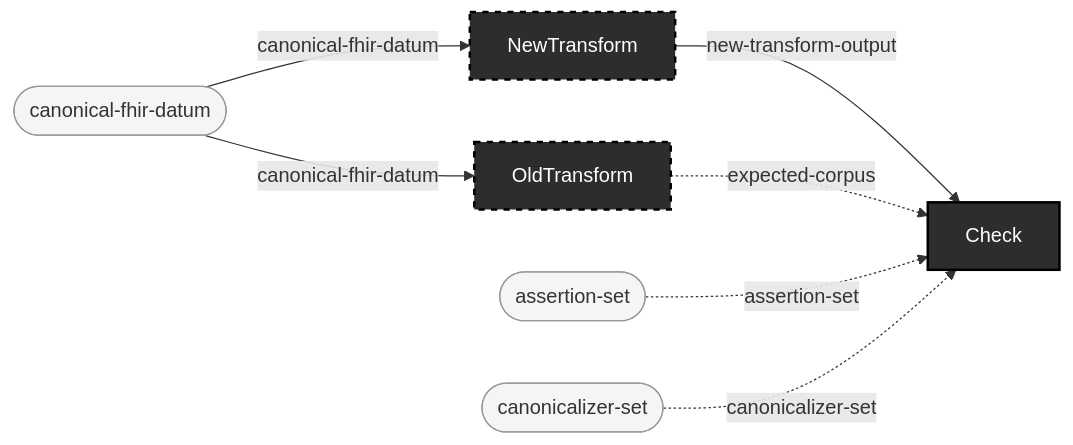
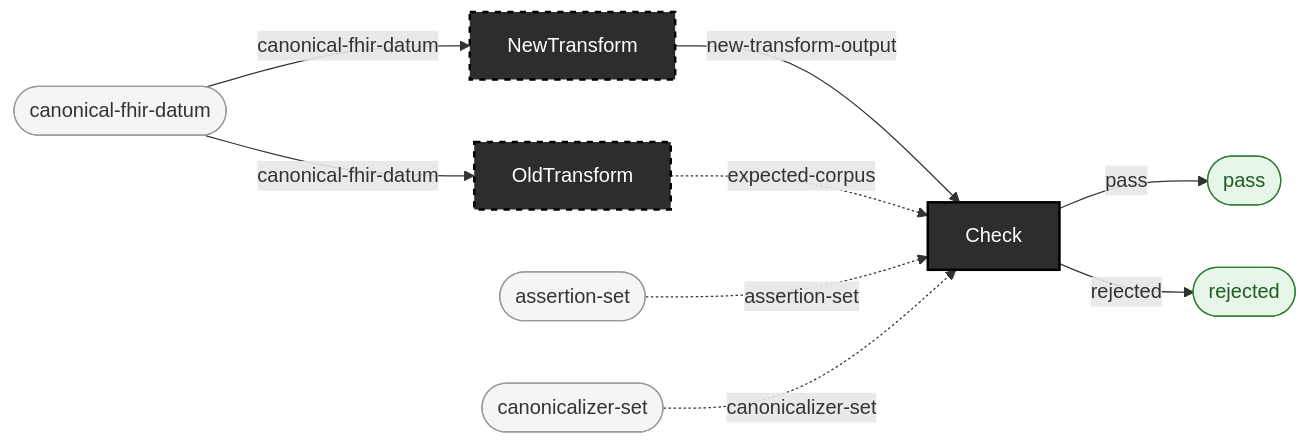
The diagram in docs/use-cases/differential-ab-of-two-transform-versions.md (pragsmike/ehr-testing-tools), drawn with Mermaid before and after one commit. The commit also changed 21 other files, not shown here.

First line of the commit message:
docs: regenerate use-case pages and pipeline diagram with result nodes (mechanical, zero hand edits)

````diff
--- a/docs/use-cases/differential-ab-of-two-transform-versions.md
+++ b/docs/use-cases/differential-ab-of-two-transform-versions.md
@@ -22,38 +22,48 @@
 ```mermaid
 flowchart LR
 
     %% --- Source types (raw inputs, not produced by any operation) ---
     assertion_set(["assertion-set"])
     canonical_fhir_datum(["canonical-fhir-datum"])
     canonicalizer_set(["canonicalizer-set"])
 
     %% --- Operations (boxes; spiders use distinct shapes) ---
     OldTransform["OldTransform"]
     NewTransform["NewTransform"]
     Check["Check"]
 
+    %% --- Result types (terminal outputs) ---
+    pass_out(["pass"])
+    rejected_out(["rejected"])
+
     %% --- Wires (typed connections) ---
     %% Arrow 1: OldTransform
     canonical_fhir_datum -- canonical-fhir-datum --> OldTransform
 
     %% Arrow 2: NewTransform
     canonical_fhir_datum -- canonical-fhir-datum --> NewTransform
 
     %% Arrow 3: Check
     NewTransform -- new-transform-output --> Check
     OldTransform -. expected-corpus .-> Check
     assertion_set -. assertion-set .-> Check
     canonicalizer_set -. canonicalizer-set .-> Check
+    Check -- "pass" --> pass_out
+    Check -- "rejected" --> rejected_out
 
     %% --- Styling ---
 
     %% Operations: dark boxes (fan=blue, funnel=green, enrichment=outlined, gate=purple, external=dashed)
     style OldTransform fill:#2d2d2d,stroke:#000,color:#fff,stroke-width:2px,stroke-dasharray: 5 5
     style NewTransform fill:#2d2d2d,stroke:#000,color:#fff,stroke-width:2px,stroke-dasharray: 5 5
     style Check fill:#2d2d2d,stroke:#000,color:#fff,stroke-width:2px
 
     %% Source types: light rounded
     style assertion_set fill:#f5f5f5,stroke:#999,color:#333
     style canonical_fhir_datum fill:#f5f5f5,stroke:#999,color:#333
     style canonicalizer_set fill:#f5f5f5,stroke:#999,color:#333
+
+    %% Result types (terminal outputs): green rounded
+    style pass_out fill:#e8f5e9,stroke:#2e7d32,color:#1b5e20
+    style rejected_out fill:#e8f5e9,stroke:#2e7d32,color:#1b5e20
 ```
````
